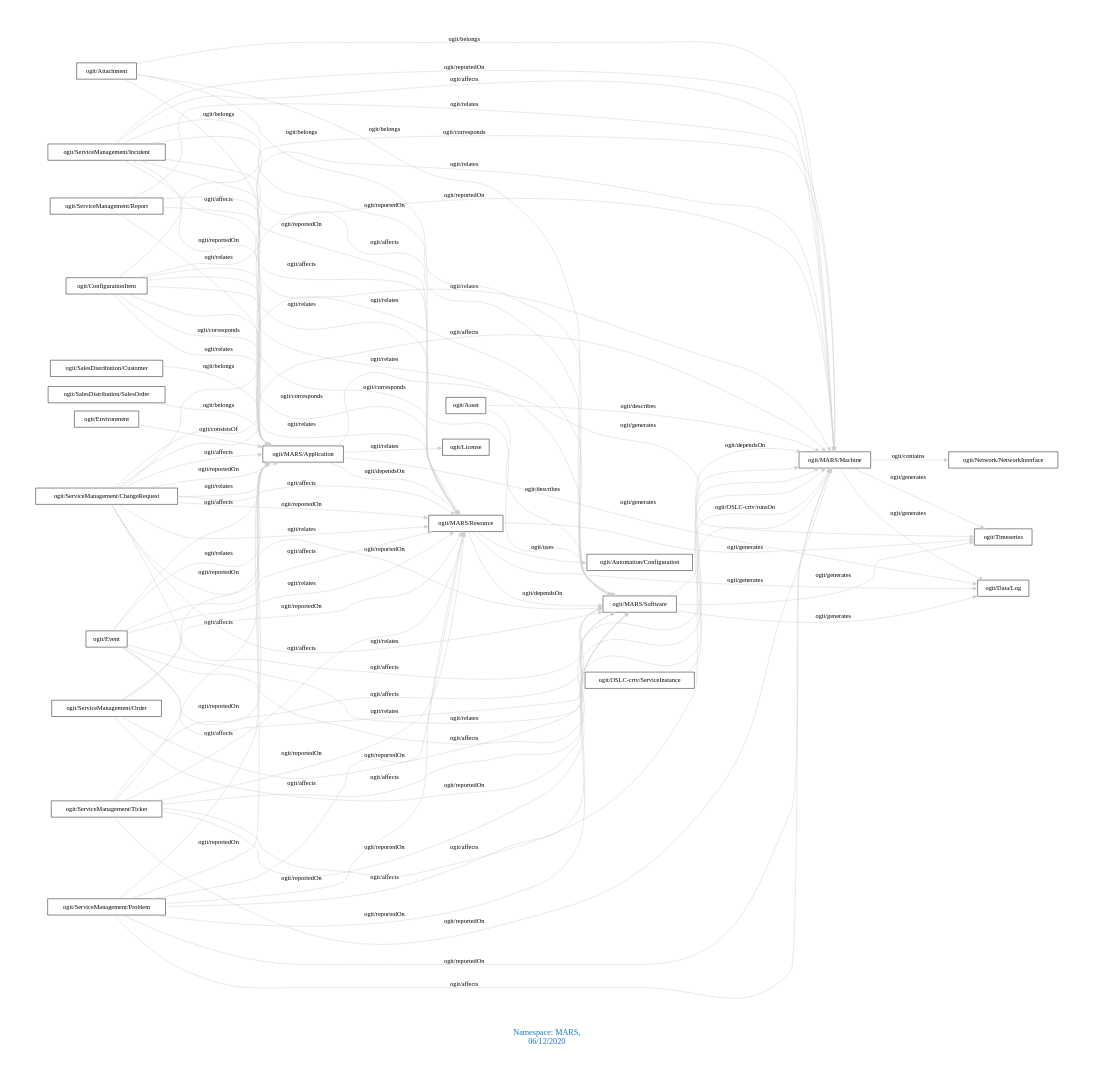
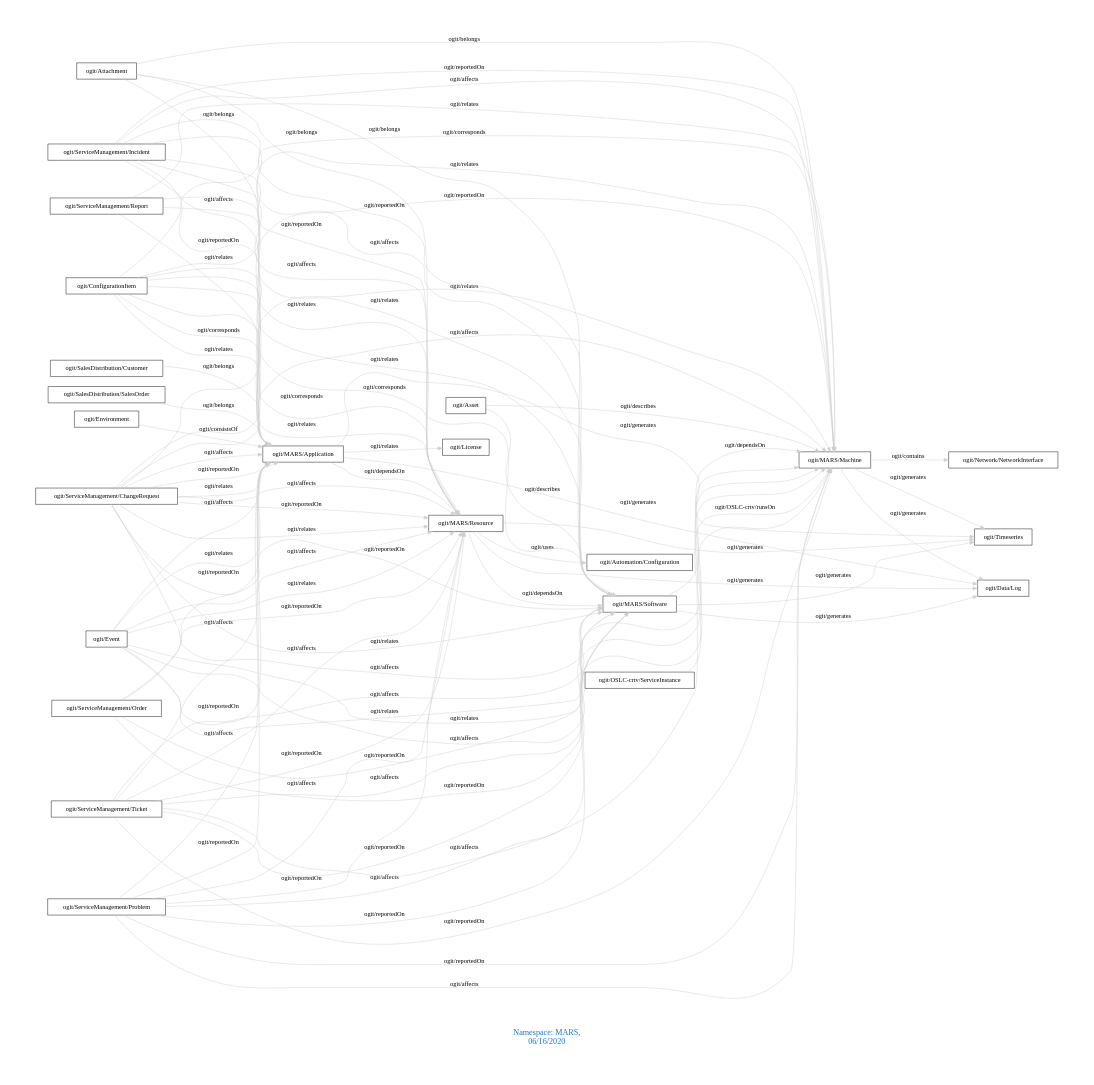
Before and after one commit to arago/OGIT: the diagram in downloads/MARS.dot, drawn with Graphviz. The commit also changed 1750 other files, not shown here.

```diff
--- a/downloads/MARS.dot
+++ b/downloads/MARS.dot
@@ -1,92 +1,92 @@
 digraph OGIT_ontology {
  graph [ rankdir= LR,pad=1 
 fontsize = 18,
-fontcolor= dodgerblue3,label = "\n\n\nNamespace: MARS, \n 06/12/2020"];
+fontcolor= dodgerblue3,label = "\n\n\nNamespace: MARS, \n 06/16/2020"];
 node[shape=polygon];
 edge [  color="gray81"];
 
    "ogit/MARS/Machine" -> "ogit/Network/NetworkInterface" [label="   ogit/contains    "];
    "ogit/MARS/Application" -> "ogit/Data/Log" [label="   ogit/generates    "];
    "ogit/MARS/Application" -> "ogit/Timeseries" [label="   ogit/generates    "];
    "ogit/MARS/Machine" -> "ogit/Data/Log" [label="   ogit/generates    "];
    "ogit/MARS/Machine" -> "ogit/Timeseries" [label="   ogit/generates    "];
    "ogit/MARS/Resource" -> "ogit/Data/Log" [label="   ogit/generates    "];
    "ogit/MARS/Resource" -> "ogit/Timeseries" [label="   ogit/generates    "];
    "ogit/MARS/Software" -> "ogit/Data/Log" [label="   ogit/generates    "];
    "ogit/MARS/Software" -> "ogit/Timeseries" [label="   ogit/generates    "];
    "ogit/Asset" -> "ogit/MARS/Software" [label="   ogit/describes    "];
    "ogit/Asset" -> "ogit/MARS/Machine" [label="   ogit/describes    "];
    "ogit/ConfigurationItem" -> "ogit/MARS/Application" [label="   ogit/corresponds    "];
    "ogit/ConfigurationItem" -> "ogit/MARS/Resource" [label="   ogit/corresponds    "];
    "ogit/ConfigurationItem" -> "ogit/MARS/Software" [label="   ogit/corresponds    "];
    "ogit/ConfigurationItem" -> "ogit/MARS/Machine" [label="   ogit/corresponds    "];
    "ogit/ServiceManagement/ChangeRequest" -> "ogit/MARS/Application" [label="   ogit/affects    "];
    "ogit/ServiceManagement/ChangeRequest" -> "ogit/MARS/Resource" [label="   ogit/affects    "];
    "ogit/ServiceManagement/ChangeRequest" -> "ogit/MARS/Software" [label="   ogit/affects    "];
    "ogit/ServiceManagement/ChangeRequest" -> "ogit/MARS/Machine" [label="   ogit/affects    "];
    "ogit/ServiceManagement/Incident" -> "ogit/MARS/Application" [label="   ogit/affects    "];
    "ogit/ServiceManagement/Incident" -> "ogit/MARS/Resource" [label="   ogit/affects    "];
    "ogit/ServiceManagement/Incident" -> "ogit/MARS/Software" [label="   ogit/affects    "];
    "ogit/ServiceManagement/Incident" -> "ogit/MARS/Machine" [label="   ogit/affects    "];
    "ogit/ServiceManagement/Problem" -> "ogit/MARS/Application" [label="   ogit/affects    "];
    "ogit/ServiceManagement/Problem" -> "ogit/MARS/Resource" [label="   ogit/affects    "];
    "ogit/ServiceManagement/Problem" -> "ogit/MARS/Software" [label="   ogit/affects    "];
    "ogit/ServiceManagement/Problem" -> "ogit/MARS/Machine" [label="   ogit/affects    "];
    "ogit/ServiceManagement/Ticket" -> "ogit/MARS/Application" [label="   ogit/affects    "];
    "ogit/ServiceManagement/Ticket" -> "ogit/MARS/Resource" [label="   ogit/affects    "];
    "ogit/ServiceManagement/Ticket" -> "ogit/MARS/Software" [label="   ogit/affects    "];
    "ogit/ServiceManagement/Ticket" -> "ogit/MARS/Machine" [label="   ogit/affects    "];
    "ogit/Event" -> "ogit/MARS/Application" [label="   ogit/affects    "];
    "ogit/Event" -> "ogit/MARS/Resource" [label="   ogit/affects    "];
    "ogit/Event" -> "ogit/MARS/Software" [label="   ogit/affects    "];
    "ogit/Event" -> "ogit/MARS/Machine" [label="   ogit/affects    "];
    "ogit/OSLC-crtv/ServiceInstance" -> "ogit/MARS/Machine" [label="   ogit/OSLC-crtv/runsOn    "];
    "ogit/MARS/Application" -> "ogit/MARS/Resource" [label="   ogit/dependsOn    "];
    "ogit/MARS/Resource" -> "ogit/MARS/Software" [label="   ogit/dependsOn    "];
    "ogit/MARS/Software" -> "ogit/MARS/Machine" [label="   ogit/dependsOn    "];
    "ogit/SalesDistribution/Customer" -> "ogit/MARS/Application" [label="   ogit/belongs    "];
    "ogit/SalesDistribution/SalesOrder" -> "ogit/MARS/Application" [label="   ogit/belongs    "];
    "ogit/Attachment" -> "ogit/MARS/Machine" [label="   ogit/belongs    "];
    "ogit/Attachment" -> "ogit/MARS/Software" [label="   ogit/belongs    "];
    "ogit/Attachment" -> "ogit/MARS/Resource" [label="   ogit/belongs    "];
    "ogit/Attachment" -> "ogit/MARS/Application" [label="   ogit/belongs    "];
    "ogit/MARS/Resource" -> "ogit/Automation/Configuration" [label="   ogit/uses    "];
    "ogit/ServiceManagement/ChangeRequest" -> "ogit/MARS/Machine" [label="   ogit/reportedOn    "];
    "ogit/ServiceManagement/ChangeRequest" -> "ogit/MARS/Software" [label="   ogit/reportedOn    "];
    "ogit/ServiceManagement/ChangeRequest" -> "ogit/MARS/Resource" [label="   ogit/reportedOn    "];
    "ogit/ServiceManagement/ChangeRequest" -> "ogit/MARS/Application" [label="   ogit/reportedOn    "];
    "ogit/ServiceManagement/Incident" -> "ogit/MARS/Machine" [label="   ogit/reportedOn    "];
    "ogit/ServiceManagement/Incident" -> "ogit/MARS/Software" [label="   ogit/reportedOn    "];
    "ogit/ServiceManagement/Incident" -> "ogit/MARS/Resource" [label="   ogit/reportedOn    "];
    "ogit/ServiceManagement/Incident" -> "ogit/MARS/Application" [label="   ogit/reportedOn    "];
    "ogit/ServiceManagement/Order" -> "ogit/MARS/Machine" [label="   ogit/reportedOn    "];
    "ogit/ServiceManagement/Order" -> "ogit/MARS/Software" [label="   ogit/reportedOn    "];
    "ogit/ServiceManagement/Order" -> "ogit/MARS/Resource" [label="   ogit/reportedOn    "];
    "ogit/ServiceManagement/Order" -> "ogit/MARS/Application" [label="   ogit/reportedOn    "];
    "ogit/ServiceManagement/Problem" -> "ogit/MARS/Machine" [label="   ogit/reportedOn    "];
    "ogit/ServiceManagement/Problem" -> "ogit/MARS/Software" [label="   ogit/reportedOn    "];
    "ogit/ServiceManagement/Problem" -> "ogit/MARS/Resource" [label="   ogit/reportedOn    "];
    "ogit/ServiceManagement/Problem" -> "ogit/MARS/Application" [label="   ogit/reportedOn    "];
    "ogit/ServiceManagement/Ticket" -> "ogit/MARS/Machine" [label="   ogit/reportedOn    "];
    "ogit/ServiceManagement/Ticket" -> "ogit/MARS/Software" [label="   ogit/reportedOn    "];
    "ogit/ServiceManagement/Ticket" -> "ogit/MARS/Resource" [label="   ogit/reportedOn    "];
    "ogit/ServiceManagement/Ticket" -> "ogit/MARS/Application" [label="   ogit/reportedOn    "];
    "ogit/Environment" -> "ogit/MARS/Application" [label="   ogit/consistsOf    "];
    "ogit/MARS/Application" -> "ogit/License" [label="   ogit/relates    "];
    "ogit/ServiceManagement/ChangeRequest" -> "ogit/MARS/Machine" [label="   ogit/relates    "];
    "ogit/ServiceManagement/ChangeRequest" -> "ogit/MARS/Software" [label="   ogit/relates    "];
    "ogit/ServiceManagement/ChangeRequest" -> "ogit/MARS/Resource" [label="   ogit/relates    "];
    "ogit/ServiceManagement/ChangeRequest" -> "ogit/MARS/Application" [label="   ogit/relates    "];
    "ogit/ServiceManagement/Report" -> "ogit/MARS/Machine" [label="   ogit/relates    "];
    "ogit/ServiceManagement/Report" -> "ogit/MARS/Software" [label="   ogit/relates    "];
    "ogit/ServiceManagement/Report" -> "ogit/MARS/Resource" [label="   ogit/relates    "];
    "ogit/ServiceManagement/Report" -> "ogit/MARS/Application" [label="   ogit/relates    "];
    "ogit/ConfigurationItem" -> "ogit/MARS/Machine" [label="   ogit/relates    "];
    "ogit/ConfigurationItem" -> "ogit/MARS/Software" [label="   ogit/relates    "];
    "ogit/ConfigurationItem" -> "ogit/MARS/Resource" [label="   ogit/relates    "];
    "ogit/ConfigurationItem" -> "ogit/MARS/Application" [label="   ogit/relates    "];
    "ogit/Event" -> "ogit/MARS/Machine" [label="   ogit/relates    "];
    "ogit/Event" -> "ogit/MARS/Software" [label="   ogit/relates    "];
    "ogit/Event" -> "ogit/MARS/Resource" [label="   ogit/relates    "];
    "ogit/Event" -> "ogit/MARS/Application" [label="   ogit/relates    "];
 }
```
